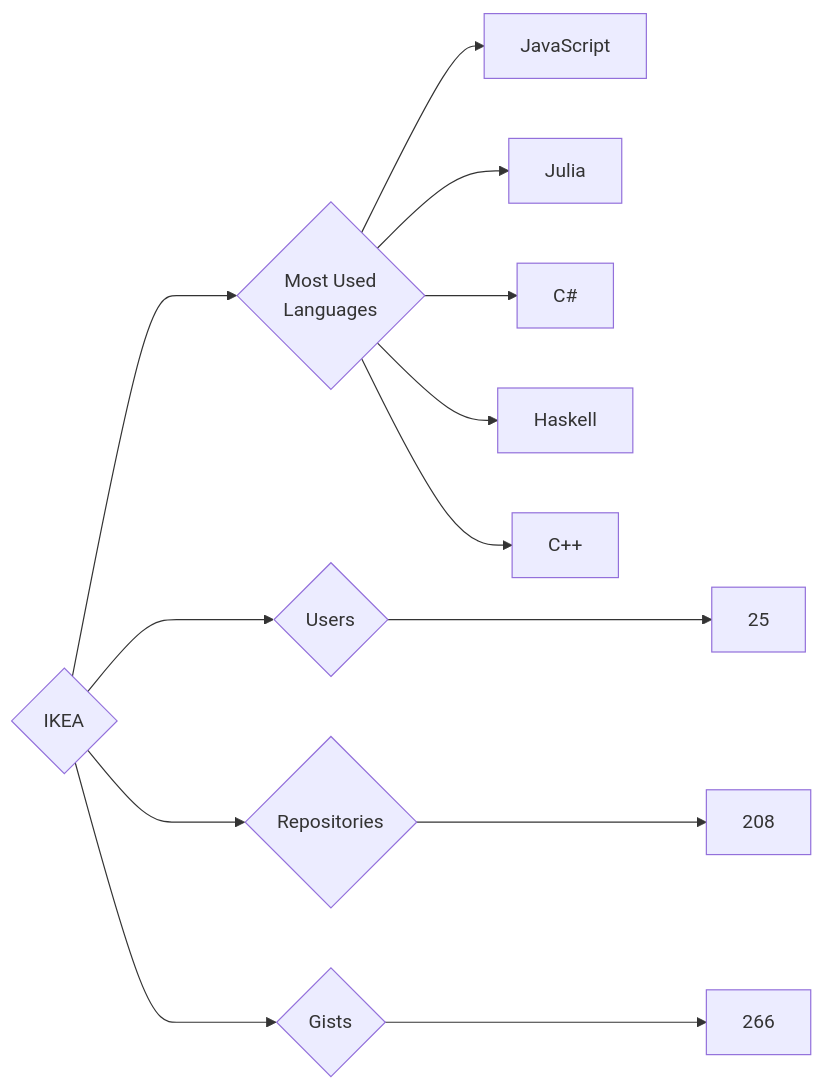
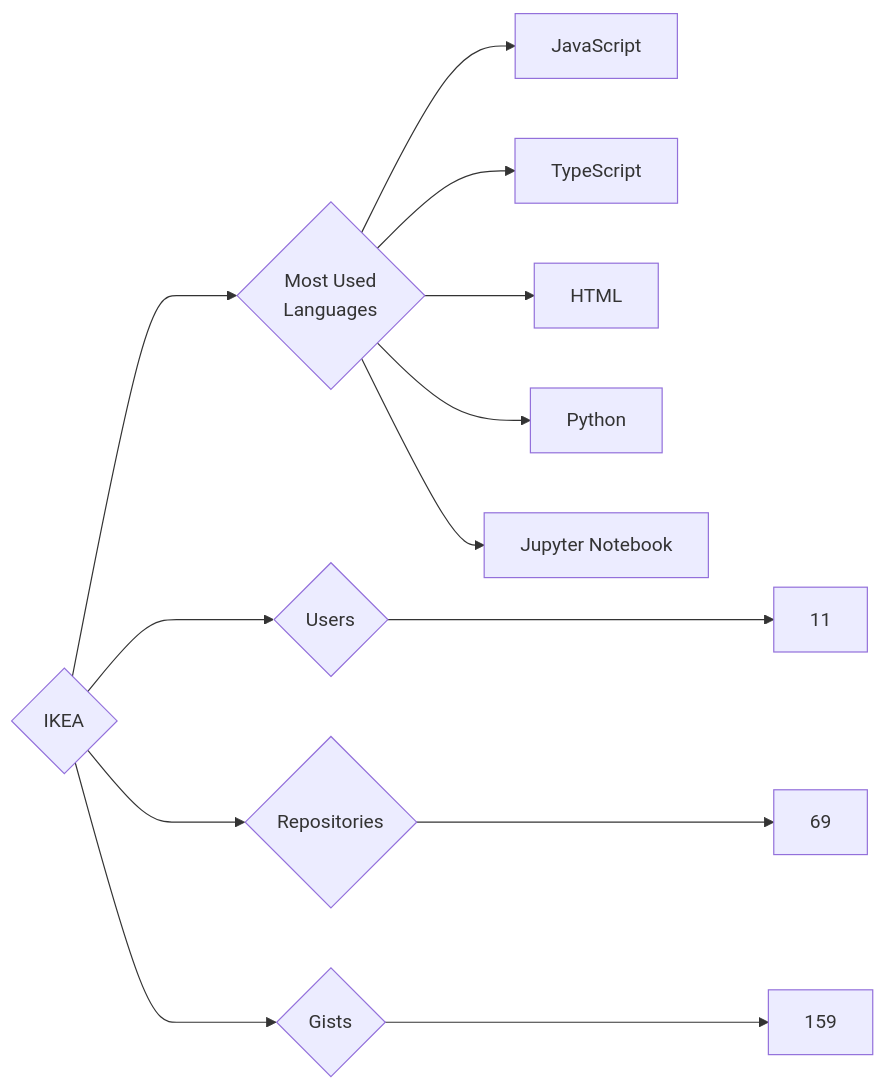
Before and after one commit to trickest/insiders: the diagram in targets/IKEA/README.md, drawn with Mermaid. The commit also changed 932 other files, not shown here.

````diff
--- a/targets/IKEA/README.md
+++ b/targets/IKEA/README.md
@@ -3,13 +3,13 @@
 ```mermaid
 graph LR
 COMPANY_NAME{IKEA}
-COMPANY_NAME ---> U{Users} ---> UN[25]
-COMPANY_NAME ---> R{Repositories} ---> RN[208]
-COMPANY_NAME ---> G{Gists} ---> GN[266]
+COMPANY_NAME ---> U{Users} ---> UN[11]
+COMPANY_NAME ---> R{Repositories} ---> RN[69]
+COMPANY_NAME ---> G{Gists} ---> GN[159]
 COMPANY_NAME ---> ML{Most Used<br>Languages}
 ML --> JavaScript[JavaScript]
-ML --> Julia[Julia]
-ML --> C#[C#]
-ML --> Haskell[Haskell]
-ML --> C++[C++]
+ML --> TypeScript[TypeScript]
+ML --> HTML[HTML]
+ML --> Python[Python]
+ML --> Jupyter_Notebook[Jupyter Notebook]
 ```
````
